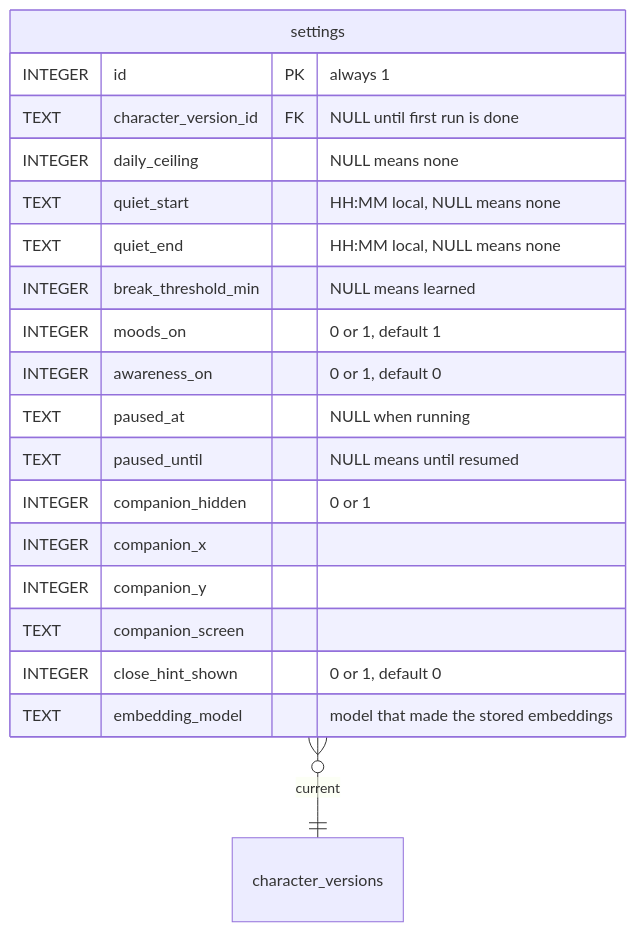
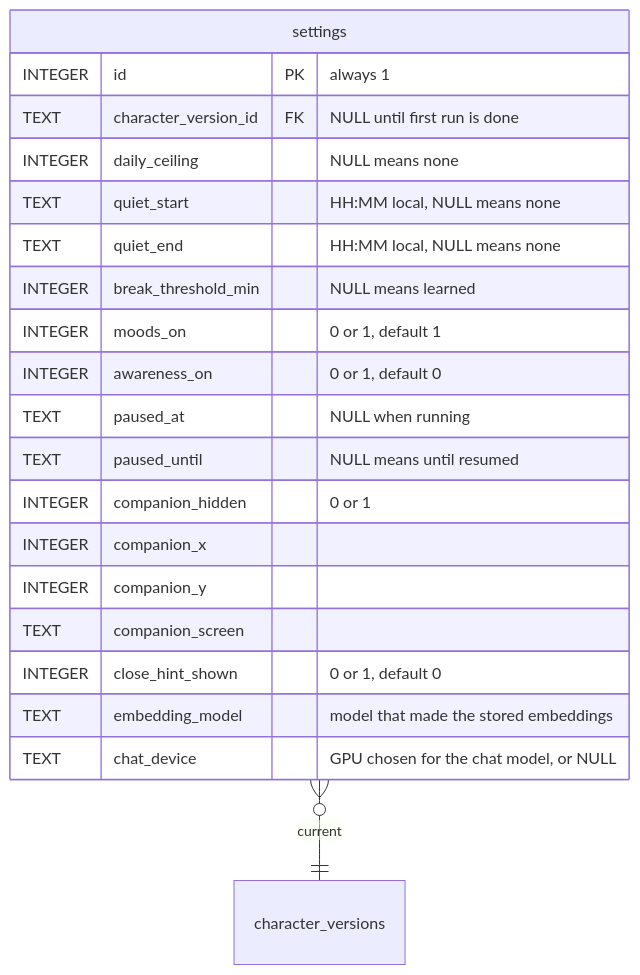
Before and after one commit to NguyenVu04/cognia: the tenth of 10 diagrams in docs/ERD.md, drawn with Mermaid. The commit also changed other lines of this file and 79 other files, not shown here.

Commit message:
Refine architecture decision records: update schema details in ADR 0003 and enhance embedding retrieval logic in ADR 0007

````diff
--- a/docs/ERD.md
+++ b/docs/ERD.md
@@ -966,22 +941,23 @@
 ```mermaid
 erDiagram
     settings {
         INTEGER id PK "always 1"
         TEXT character_version_id FK "NULL until first run is done"
         INTEGER daily_ceiling "NULL means none"
         TEXT quiet_start "HH:MM local, NULL means none"
         TEXT quiet_end "HH:MM local, NULL means none"
         INTEGER break_threshold_min "NULL means learned"
         INTEGER moods_on "0 or 1, default 1"
         INTEGER awareness_on "0 or 1, default 0"
         TEXT paused_at "NULL when running"
         TEXT paused_until "NULL means until resumed"
         INTEGER companion_hidden "0 or 1"
         INTEGER companion_x
         INTEGER companion_y
         TEXT companion_screen
         INTEGER close_hint_shown "0 or 1, default 0"
         TEXT embedding_model "model that made the stored embeddings"
+        TEXT chat_device "GPU chosen for the chat model, or NULL"
     }
     settings }o--|| character_versions : "current"
 ```
````
